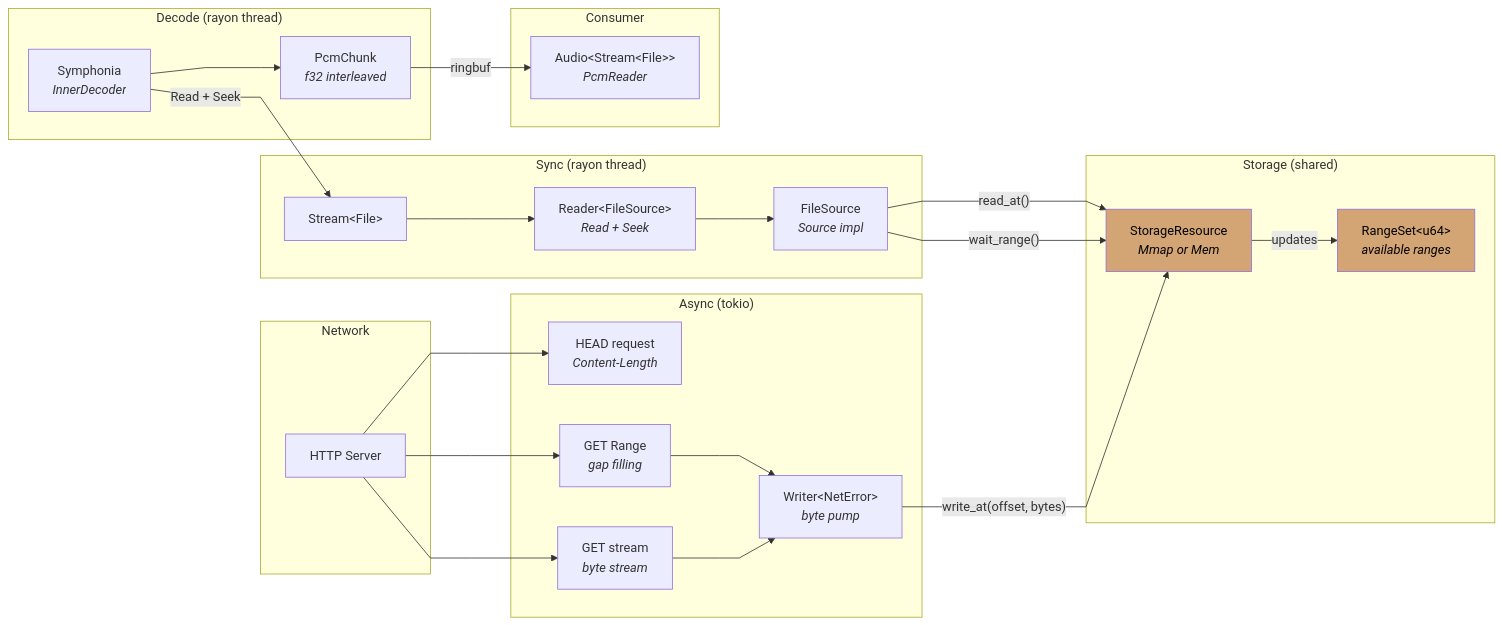
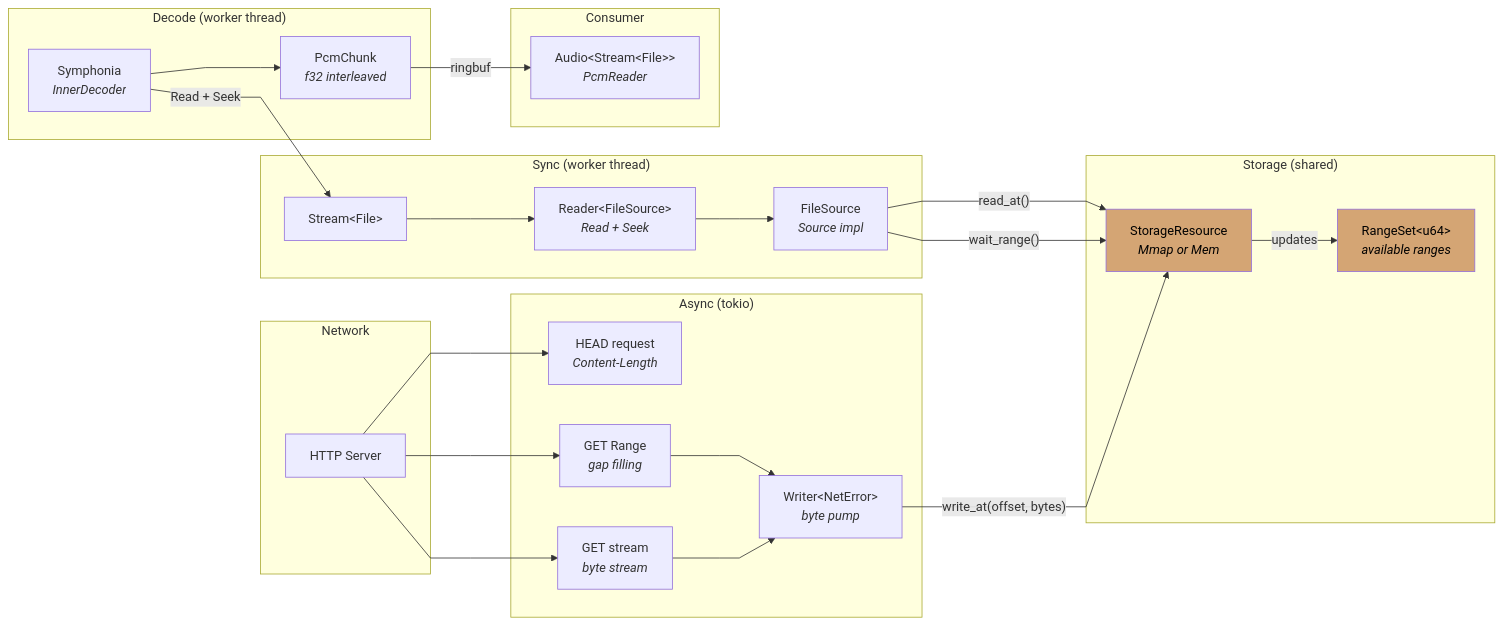
One commit to zvuk/kithara changed the diagram in crates/kithara-file/README.md. Above: the diagram before and after it, drawn with Mermaid. The commit also changed 30 other files, not shown here.

````diff
--- a/crates/kithara-file/README.md
+++ b/crates/kithara-file/README.md
@@ -30,52 +30,52 @@
 ```mermaid
 %%{init: {"flowchart": {"curve": "linear"}} }%%
 flowchart LR
     subgraph Network
         HTTP["HTTP Server"]
     end
 
     subgraph "Async (tokio)"
         HEAD["HEAD request<br/><i>Content-Length</i>"]
         GET["GET stream<br/><i>byte stream</i>"]
         Writer["Writer&lt;NetError&gt;<br/><i>byte pump</i>"]
         RangeReq["GET Range<br/><i>gap filling</i>"]
     end
 
     subgraph "Storage (shared)"
         SR["StorageResource<br/><i>Mmap or Mem</i>"]
         RS["RangeSet&lt;u64&gt;<br/><i>available ranges</i>"]
     end
 
-    subgraph "Sync (rayon thread)"
+    subgraph "Sync (worker thread)"
         FS["FileSource<br/><i>Source impl</i>"]
         Reader["Reader&lt;FileSource&gt;<br/><i>Read + Seek</i>"]
         StreamW["Stream&lt;File&gt;"]
     end
 
-    subgraph "Decode (rayon thread)"
+    subgraph "Decode (worker thread)"
         Decoder["Symphonia<br/><i>InnerDecoder</i>"]
         PCM["PcmChunk<br/><i>f32 interleaved</i>"]
     end
 
     subgraph "Consumer"
         Audio["Audio&lt;Stream&lt;File&gt;&gt;<br/><i>PcmReader</i>"]
     end
 
     HTTP --> HEAD
     HTTP --> GET
     HTTP --> RangeReq
     GET --> Writer
     RangeReq --> Writer
     Writer -- "write_at(offset, bytes)" --> SR
     SR -- "updates" --> RS
     FS -- "wait_range()" --> SR
     FS -- "read_at()" --> SR
     Reader --> FS
     StreamW --> Reader
     Decoder -- "Read + Seek" --> StreamW
     Decoder --> PCM
     PCM -- "ringbuf" --> Audio
 
     style SR fill:#d4a574,color:#000
     style RS fill:#d4a574,color:#000
 ```
````
